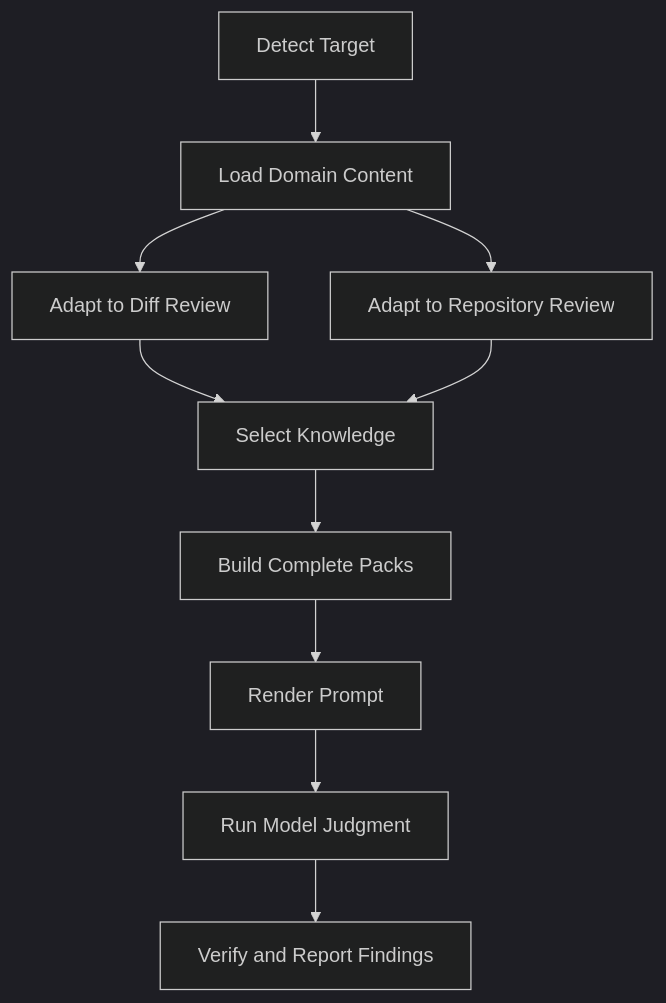
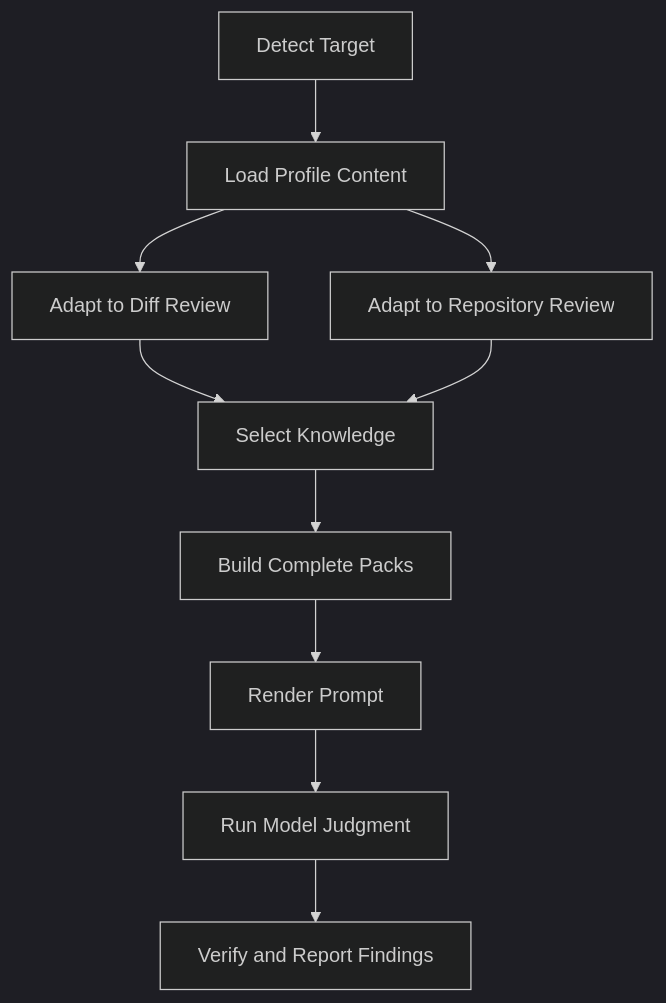
The diagram in docs/knowledge-design.md (eth4nr00t/cyberjury), drawn with Mermaid (dark theme) before and after one commit. The commit also changed other lines of this file and 151 other files, not shown here.

````diff
--- a/docs/knowledge-design.md
+++ b/docs/knowledge-design.md
@@ -235,12 +236,12 @@
 ```mermaid
 flowchart TD
-    A[Detect Target] --> B[Load Domain Content]
+    A[Detect Target] --> B[Load Profile Content]
     B --> C[Adapt to Diff Review]
     B --> D[Adapt to Repository Review]
     C --> E[Select Knowledge]
     D --> E
     E --> F[Build Complete Packs]
     F --> G[Render Prompt]
     G --> H[Run Model Judgment]
     H --> I[Verify and Report Findings]
 ```
````
